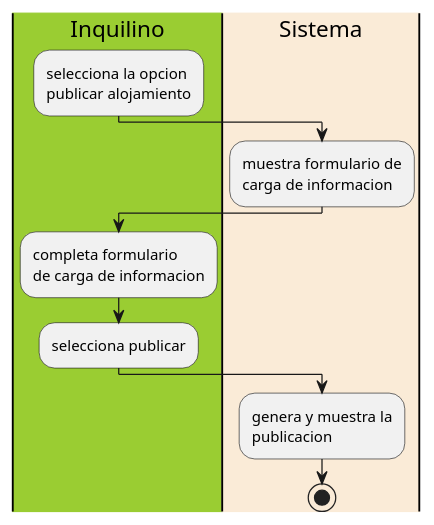
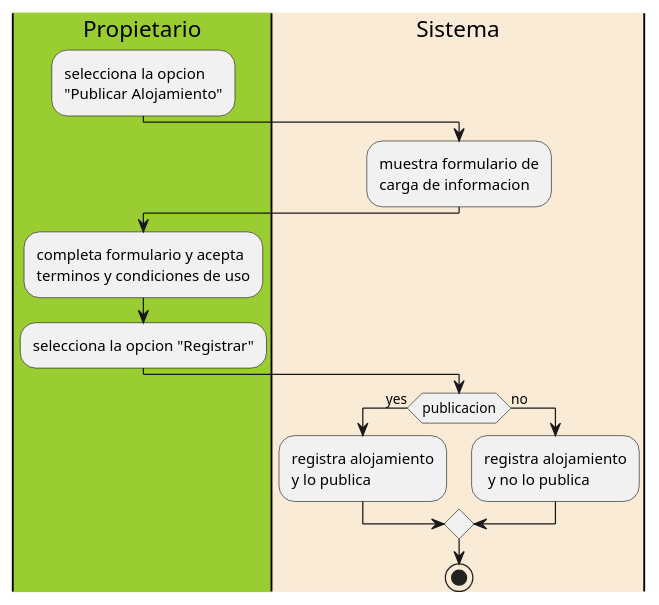
The diagram in Diagrama_Actividades/Diagrama_actividades_PublicarAlojamiento.puml (franciscolmos/IS1-EasyHome), drawn with PlantUML before and after one commit. The commit also changed 4 other files, not shown here.

Commit message:
[REFACTOR] - se modifica diagrama de actividades

```diff
--- a/Diagrama_Actividades/Diagrama_actividades_PublicarAlojamiento.puml
+++ b/Diagrama_Actividades/Diagrama_actividades_PublicarAlojamiento.puml
@@ -1,20 +1,25 @@
 @startuml Diagrama_actividades_reservar_alojamiento
 
-|#YellowGreen|Inquilino|
+|#YellowGreen|Propietario|
     :selecciona la opcion
-    publicar alojamiento;
+    "Publicar Alojamiento";
 
 |#AntiqueWhite|Sistema|
     :muestra formulario de
     carga de informacion;
 
-|#YellowGreen|Inquilino|
-    :completa formulario
-    de carga de informacion;
-    :selecciona publicar;
+|#YellowGreen|Propietario|
+    :completa formulario y acepta
+    terminos y condiciones de uso;
+    :selecciona la opcion "Registrar";
 
 |#AntiqueWhite|Sistema|
-    :genera y muestra la
-    publicacion;
-    stop
+    if(publicacion) then (yes)
+    :registra alojamiento 
+    y lo publica;
+    else(no)
+    :registra alojamiento
+     y no lo publica;
+    endif
+stop
 @enduml
```
